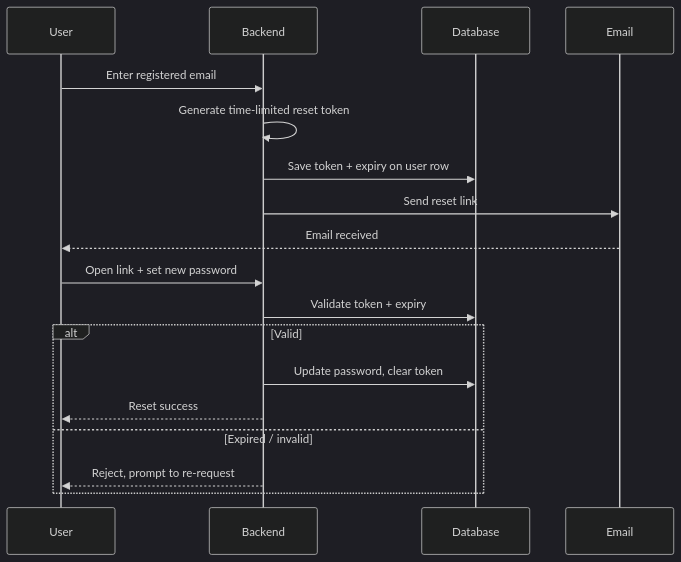
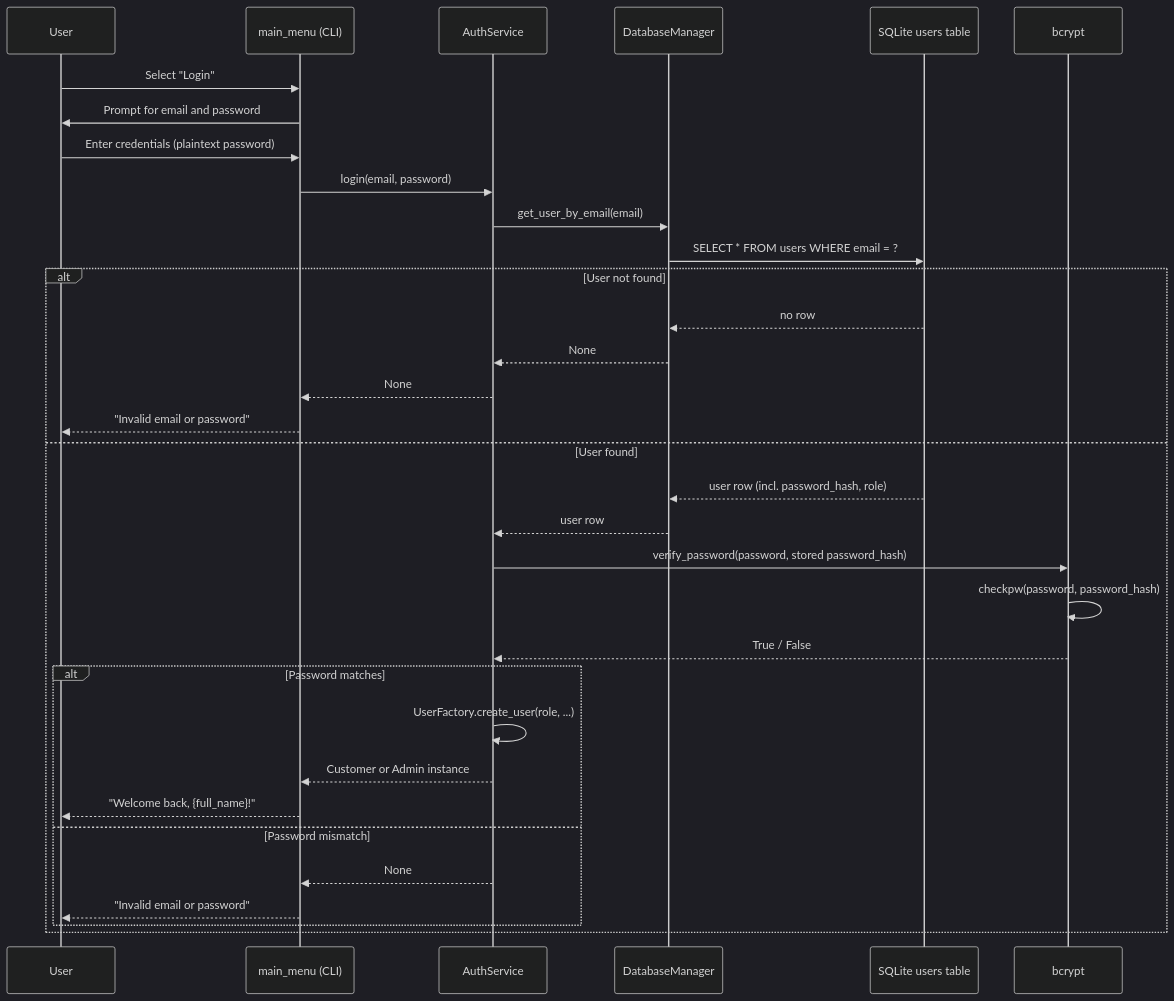
Before and after one commit to eirikrbe/MSE800-PSD: the fifth of 7 diagrams in W10/Ako-puku_Login_Demo/README.md, drawn with Mermaid (dark theme). The commit also changed other lines of this file, not shown here.

````diff
--- a/W10/Ako-puku_Login_Demo/README.md
+++ b/W10/Ako-puku_Login_Demo/README.md
@@ -76,21 +164,36 @@
 ```mermaid
 sequenceDiagram
     participant U as User
-    participant API as Backend
-    participant DB as Database
-    participant Mail as Email
+    participant Menu as main_menu (CLI)
+    participant Auth as AuthService
+    participant DB as DatabaseManager
+    participant Store as SQLite users table
+    participant Bcrypt as bcrypt
 
-    U->>API: Enter registered email
-    API->>API: Generate time-limited reset token
-    API->>DB: Save token + expiry on user row
-    API->>Mail: Send reset link
-    Mail-->>U: Email received
-    U->>API: Open link + set new password
-    API->>DB: Validate token + expiry
-    alt Valid
-        API->>DB: Update password, clear token
-        API-->>U: Reset success
-    else Expired / invalid
-        API-->>U: Reject, prompt to re-request
+    U->>Menu: Select "Login"
+    Menu->>U: Prompt for email and password
+    U->>Menu: Enter credentials (plaintext password)
+    Menu->>Auth: login(email, password)
+    Auth->>DB: get_user_by_email(email)
+    DB->>Store: SELECT * FROM users WHERE email = ?
+    alt User not found
+        Store-->>DB: no row
+        DB-->>Auth: None
+        Auth-->>Menu: None
+        Menu-->>U: "Invalid email or password"
+    else User found
+        Store-->>DB: user row (incl. password_hash, role)
+        DB-->>Auth: user row
+        Auth->>Bcrypt: verify_password(password, stored password_hash)
+        Bcrypt->>Bcrypt: checkpw(password, password_hash)
+        Bcrypt-->>Auth: True / False
+        alt Password matches
+            Auth->>Auth: UserFactory.create_user(role, ...)
+            Auth-->>Menu: Customer or Admin instance
+            Menu-->>U: "Welcome back, {full_name}!"
+        else Password mismatch
+            Auth-->>Menu: None
+            Menu-->>U: "Invalid email or password"
+        end
     end
 ```
````
